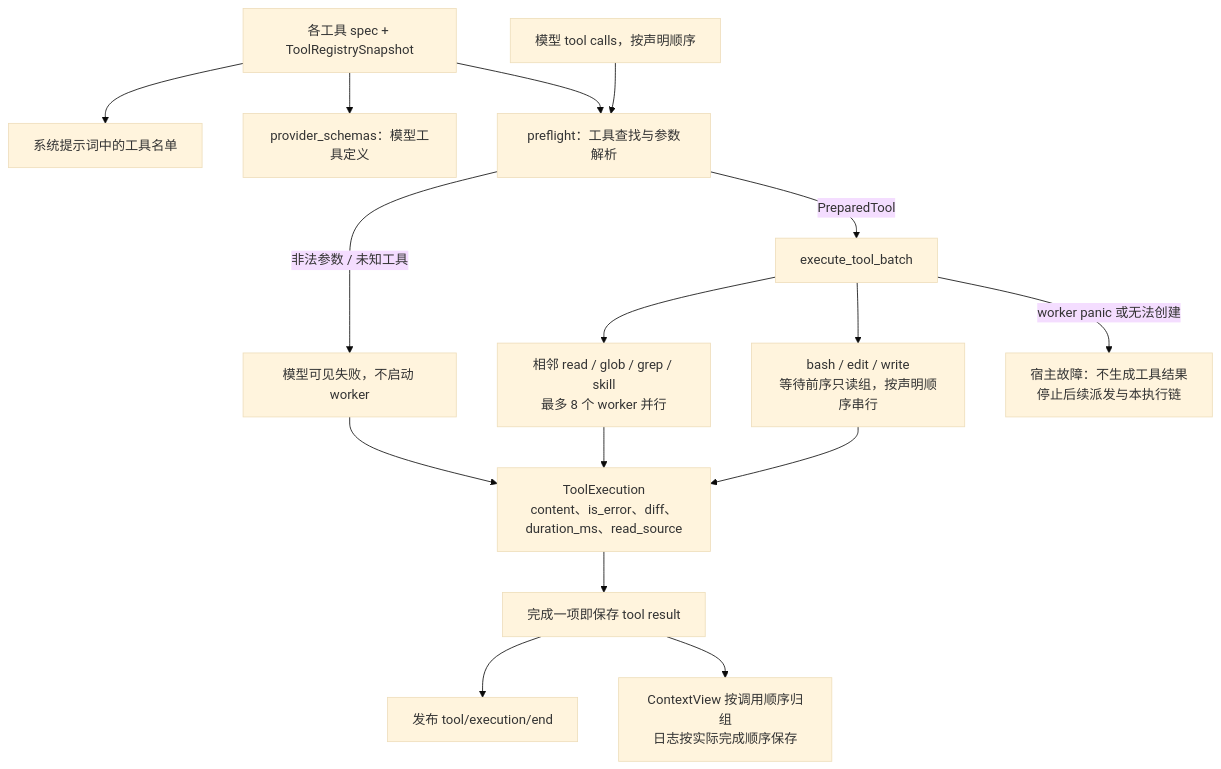
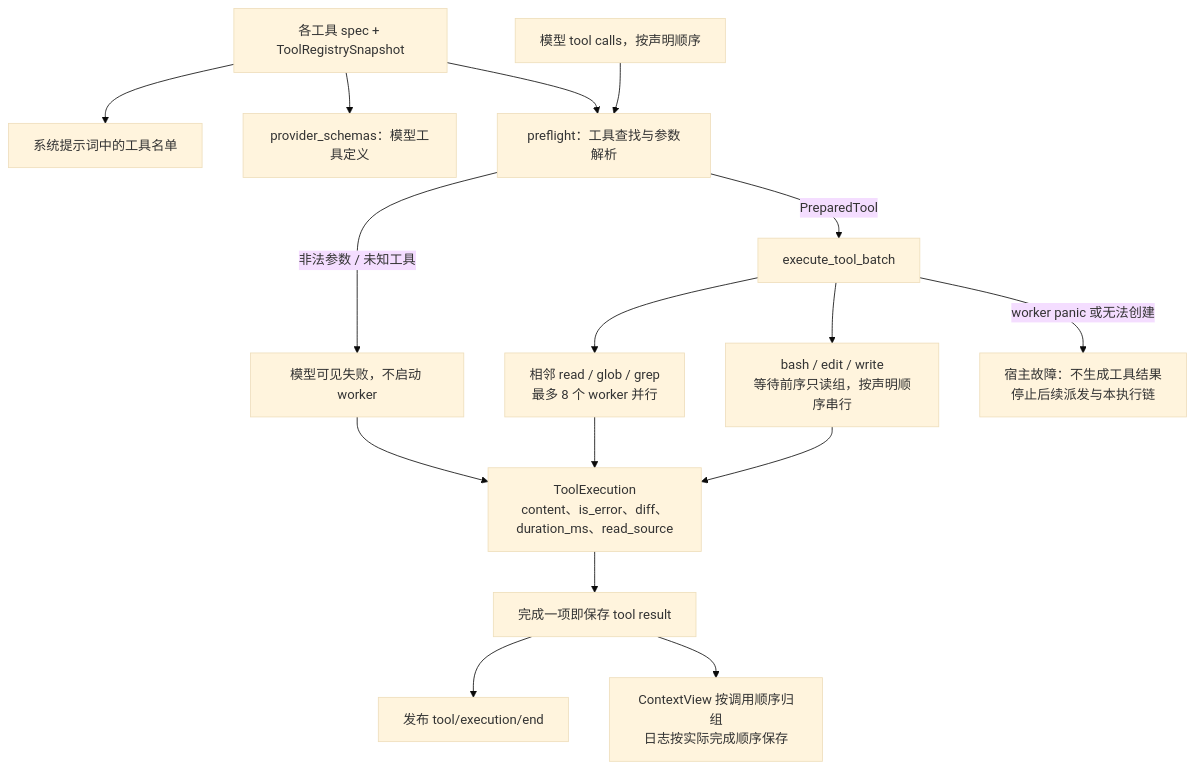
One commit to qjcnmd/singularity-agent changed diagram 24 of 29 in docs/architecture.md. Above: the diagram before and after it, drawn with Mermaid (base theme). The commit also changed other lines of this file and 3 other files, not shown here.

Commit message:
Route skill instructions through read

````diff
--- a/docs/architecture.md
+++ b/docs/architecture.md
@@ -671,18 +672,18 @@
 ```mermaid
 flowchart TB
     Specs["各工具 spec + ToolRegistrySnapshot"] --> Prompt["系统提示词中的工具名单"]
     Specs --> Schema["provider_schemas：模型工具定义"]
     Calls["模型 tool calls，按声明顺序"] --> Preflight["preflight：工具查找与参数解析"]
     Specs --> Preflight
     Preflight -->|"非法参数 / 未知工具"| Rejected["模型可见失败，不启动 worker"]
     Preflight -->|"PreparedTool"| Batch["execute_tool_batch"]
-    Batch --> ReadOnly["相邻 read / glob / grep / skill<br/>最多 8 个 worker 并行"]
+    Batch --> ReadOnly["相邻 read / glob / grep<br/>最多 8 个 worker 并行"]
     Batch --> Barrier["bash / edit / write<br/>等待前序只读组，按声明顺序串行"]
     Batch -->|"worker panic 或无法创建"| HostFatal["宿主故障：不生成工具结果<br/>停止后续派发与本执行链"]
     ReadOnly --> Result["ToolExecution<br/>content、is_error、diff、duration_ms、read_source"]
     Barrier --> Result
     Rejected --> Result
     Result --> Persist["完成一项即保存 tool result"]
     Persist --> Event["发布 tool/execution/end"]
     Persist --> ModelOrder["ContextView 按调用顺序归组<br/>日志按实际完成顺序保存"]
 ```
````
